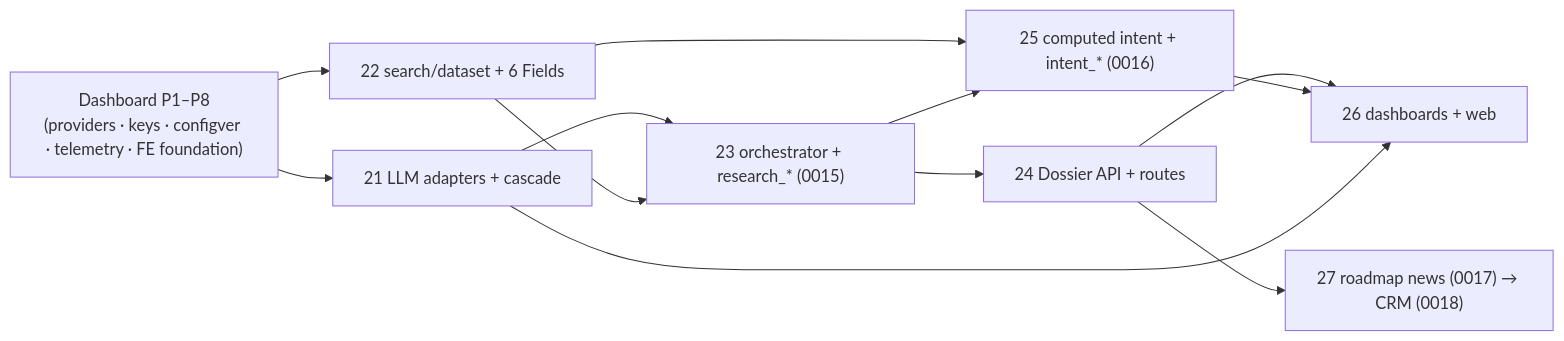
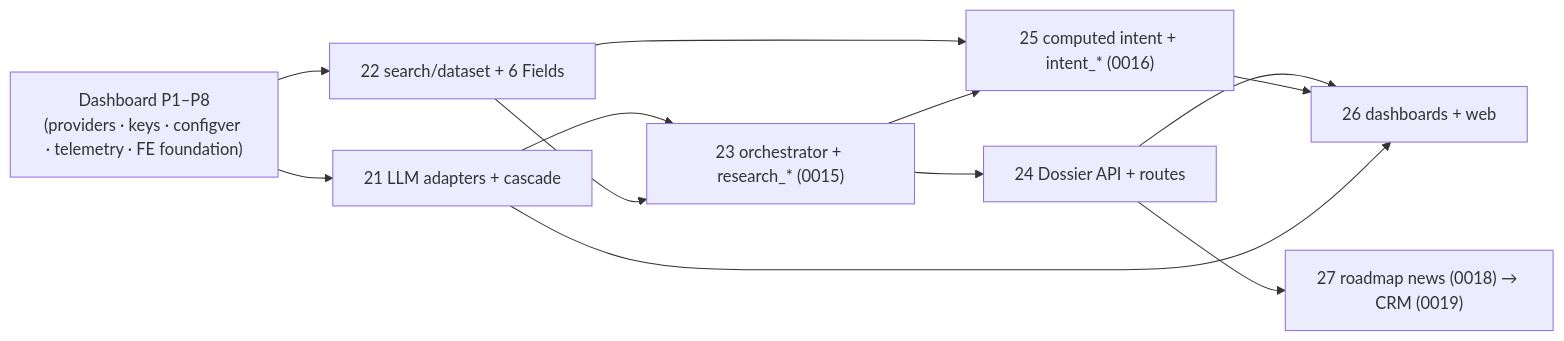
The diagram in docs/research-intelligence/16-implementation-phases.md (itsamiitt/waterfall), drawn with Mermaid before and after one commit. The commit also changed other lines of this file and 15 other files, not shown here.

````diff
--- a/docs/research-intelligence/16-implementation-phases.md
+++ b/docs/research-intelligence/16-implementation-phases.md
@@ -375,23 +384,23 @@
 ```mermaid
 flowchart LR
     DASH["Dashboard P1–P8\n(providers · keys · configver · telemetry · FE foundation)"]
     S21["21 LLM adapters + cascade"]
     S22["22 search/dataset + 6 Fields"]
     S23["23 orchestrator + research_* (0015)"]
     S24["24 Dossier API + routes"]
     S25["25 computed intent + intent_* (0016)"]
     S26["26 dashboards + web"]
-    S27["27 roadmap news (0017) → CRM (0018)"]
+    S27["27 roadmap news (0018) → CRM (0019)"]
 
     DASH --> S21
     DASH --> S22
     S21 --> S23
     S22 --> S23
     S23 --> S24
     S22 --> S25
     S23 --> S25
     S24 --> S26
     S25 --> S26
     S21 --> S26
     S24 --> S27
 ```
````
